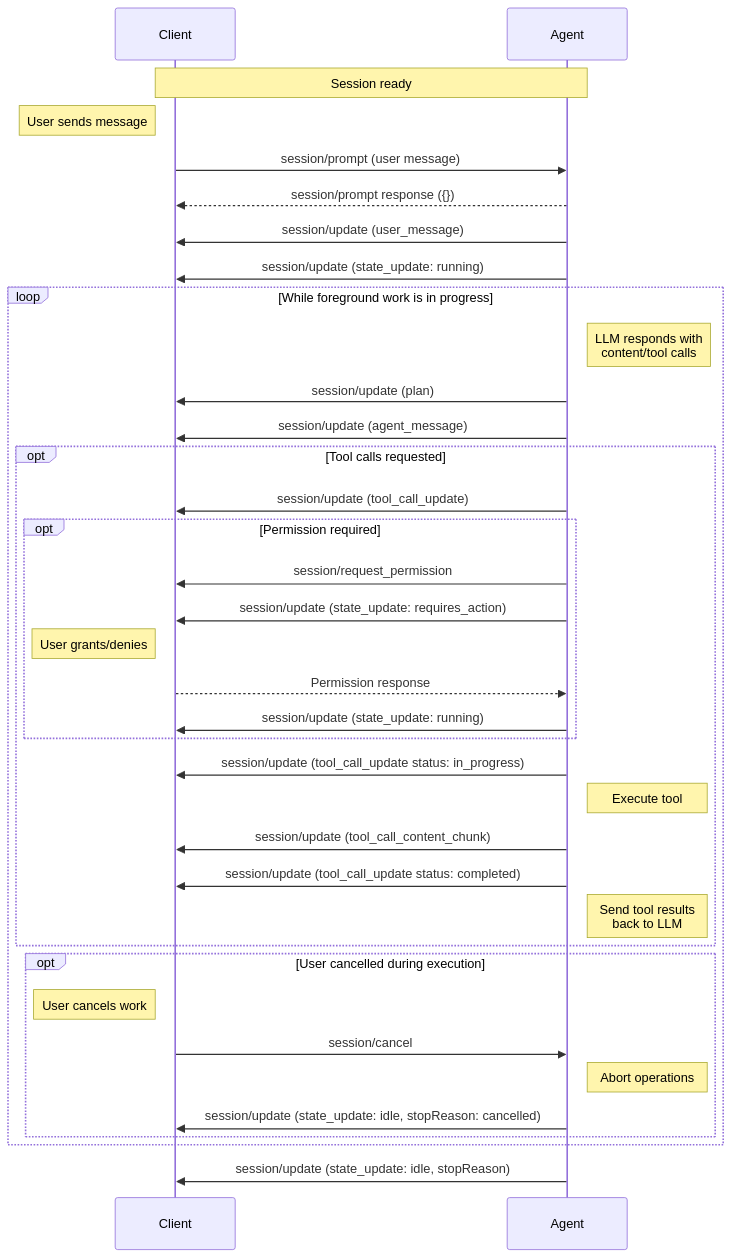
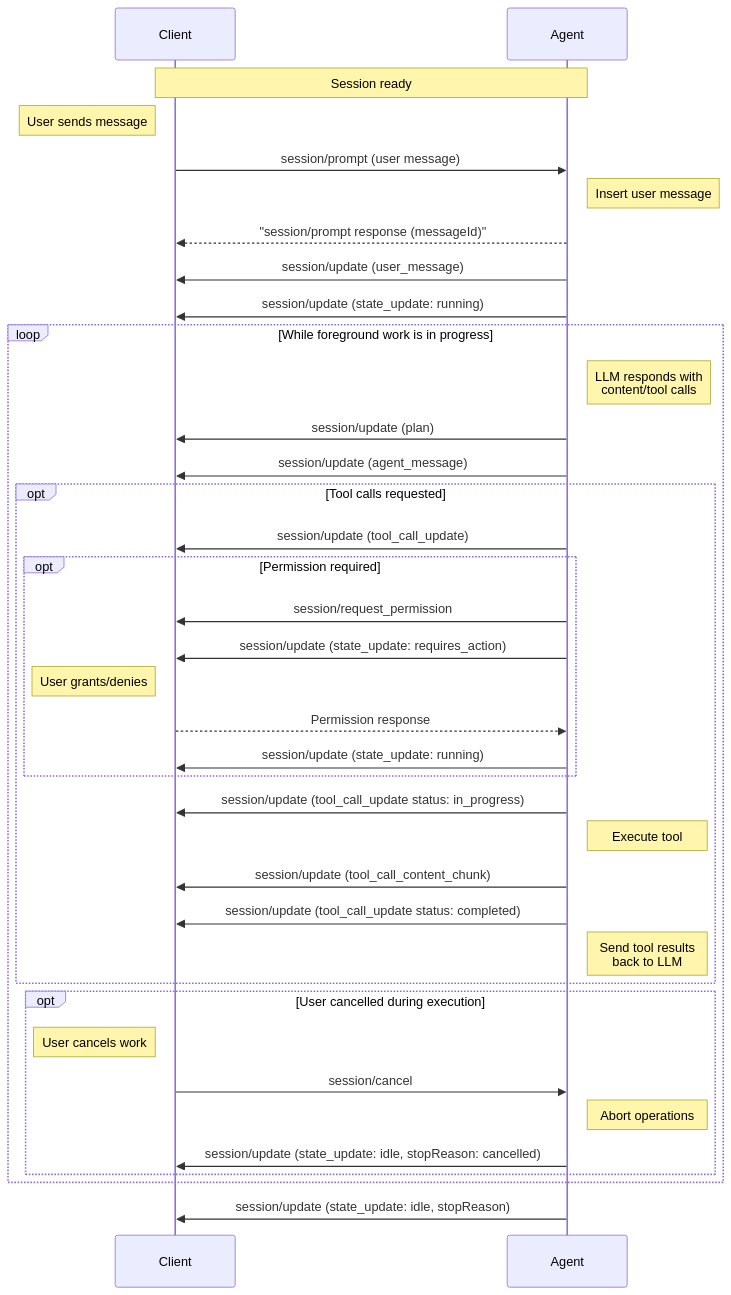
One commit to agentclientprotocol/agent-client-protocol changed the diagram in docs/protocol/v2/draft/prompt-lifecycle.mdx. Above: the diagram before and after it, drawn with Mermaid. The commit also changed other lines of this file and 18 other files, not shown here.

Commit message:
feat(unstable-v2): return message ID on prompt insertion

````diff
--- a/docs/protocol/v2/draft/prompt-lifecycle.mdx
+++ b/docs/protocol/v2/draft/prompt-lifecycle.mdx
@@ -18,45 +18,46 @@
 ```mermaid
 sequenceDiagram
     participant Client
     participant Agent
 
     Note over Agent,Client: Session ready
 
     Note left of Client: User sends message
     Client->>Agent: session/prompt (user message)
-    Agent-->>Client: session/prompt response ({})
+    Note right of Agent: Insert user message
+    Agent-->>Client: "session/prompt response (messageId)"
     Agent->>Client: session/update (user_message)
     Agent->>Client: session/update (state_update: running)
 
     loop While foreground work is in progress
         Note right of Agent: LLM responds with<br/>content/tool calls
         Agent->>Client: session/update (plan)
         Agent->>Client: session/update (agent_message)
 
         opt Tool calls requested
             Agent->>Client: session/update (tool_call_update)
             opt Permission required
                 Agent->>Client: session/request_permission
                 Agent->>Client: session/update (state_update: requires_action)
                 Note left of Client: User grants/denies
                 Client-->>Agent: Permission response
                 Agent->>Client: session/update (state_update: running)
             end
             Agent->>Client: session/update (tool_call_update status: in_progress)
             Note right of Agent: Execute tool
             Agent->>Client: session/update (tool_call_content_chunk)
             Agent->>Client: session/update (tool_call_update status: completed)
             Note right of Agent: Send tool results<br/>back to LLM
         end
 
       opt User cancelled during execution
           Note left of Client: User cancels work
           Client->>Agent: session/cancel
           Note right of Agent: Abort operations
           Agent->>Client: session/update (state_update: idle, stopReason: cancelled)
       end
     end
 
     Agent->>Client: session/update (state_update: idle, stopReason)
 
 ```
````
